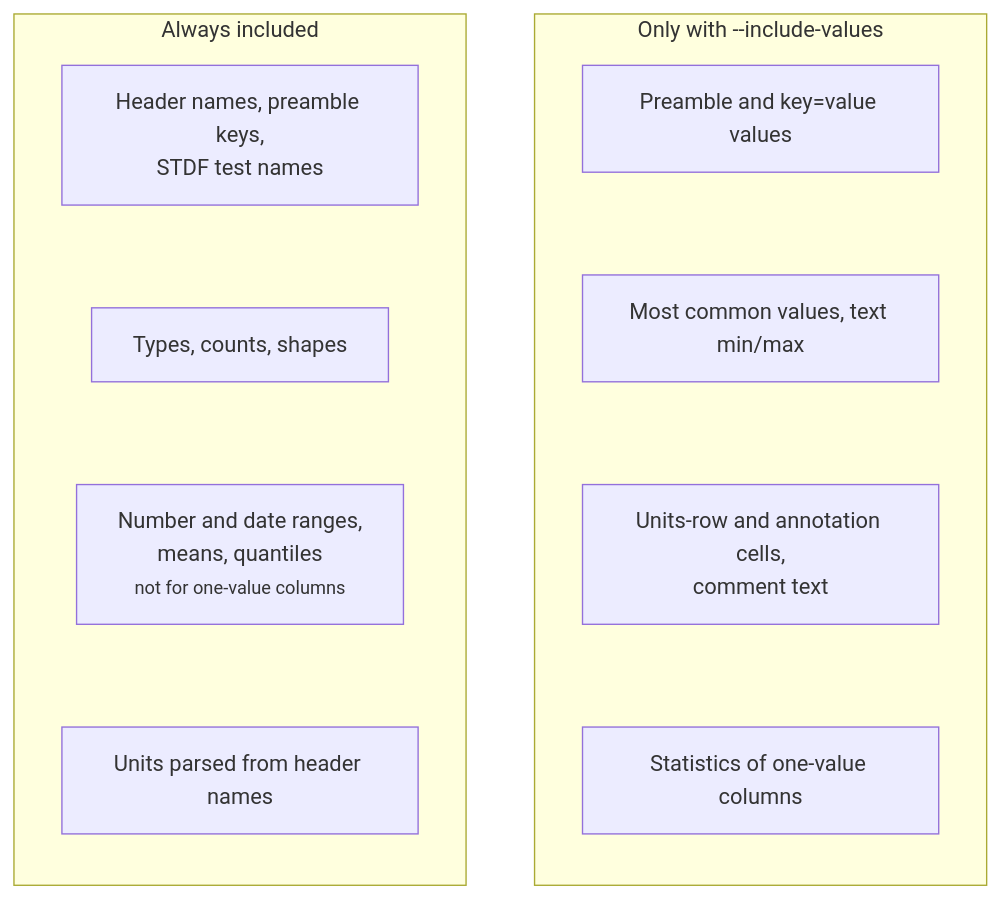
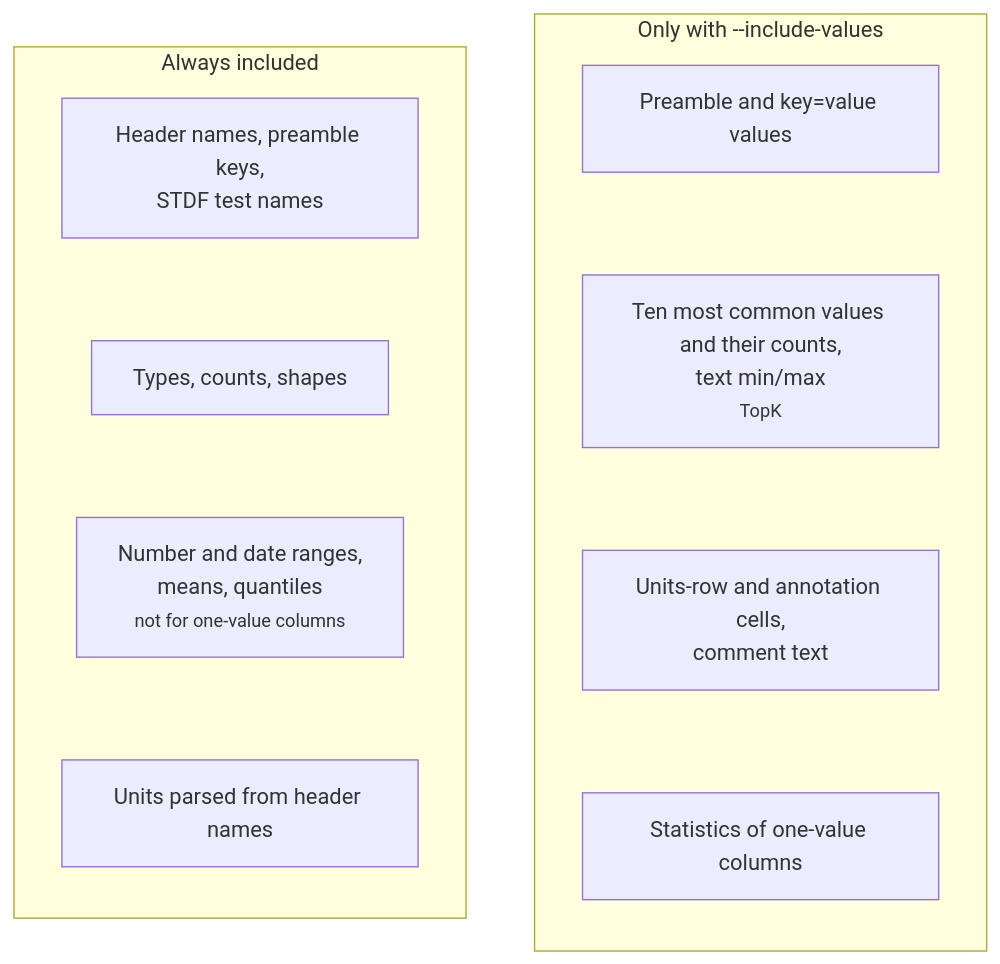
Before and after one commit to squalor-xyz/squalify: diagram 13 of 25 in docs/how-it-works.md, drawn with Mermaid. The commit also changed other lines of this file and 38 other files, not shown here.

````diff
--- a/docs/how-it-works.md
+++ b/docs/how-it-works.md
@@ -205,20 +205,20 @@
 ```mermaid
 flowchart LR
     subgraph always["Always included"]
         direction TB
         A1["Header names, preamble keys,<br/>STDF test names"]
         A2["Types, counts, shapes"]
         A3["Number and date ranges,<br/>means, quantiles<br/><small>not for one-value columns</small>"]
         A4["Units parsed from header names"]
         A1 ~~~ A2 ~~~ A3 ~~~ A4
     end
     subgraph optin["Only with --include-values"]
         direction TB
         O1["Preamble and key=value values"]
-        O2["Most common values, text min/max"]
+        O2["Ten most common values and their counts,<br/>text min/max<br/><small>TopK</small>"]
         O3["Units-row and annotation cells,<br/>comment text"]
         O4["Statistics of one-value columns"]
         O1 ~~~ O2 ~~~ O3 ~~~ O4
     end
     always ~~~ optin
 ```
````
